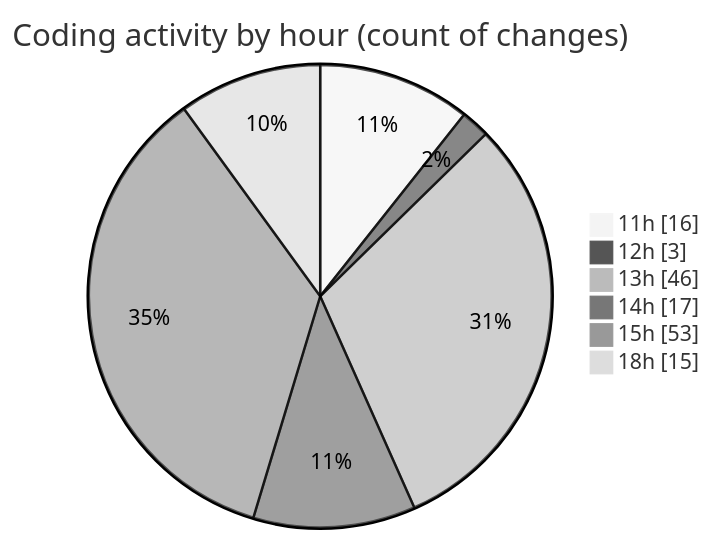
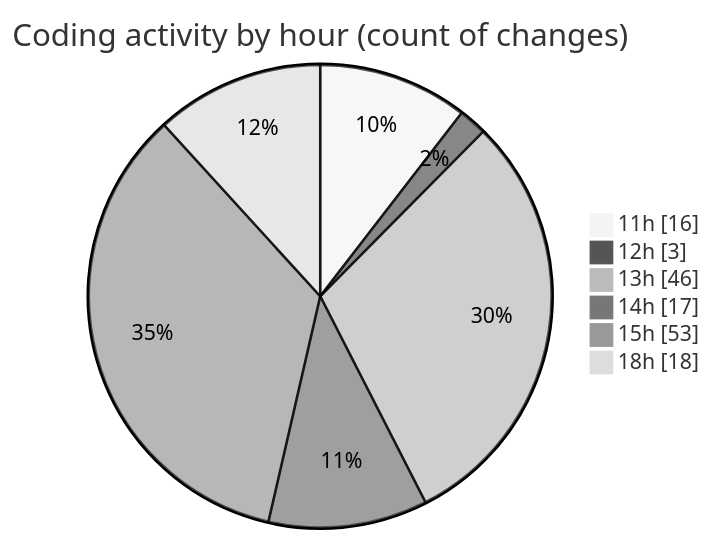
The second of 2 diagrams in 2025-07-08/argos/README.md (nxtqubesakshisongat/code-tracking), drawn with Mermaid (neutral theme) before and after one commit. The commit also changed other lines of this file and 1 other file, not shown here.

````diff
--- a/2025-07-08/argos/README.md
+++ b/2025-07-08/argos/README.md
@@ -34,10 +34,10 @@
 ```mermaid
 pie showData
 title Coding activity by hour (count of changes)
 "11h" : 16
 "12h" : 3
 "13h" : 46
 "14h" : 17
 "15h" : 53
-"18h" : 15
+"18h" : 18
 ```
````
